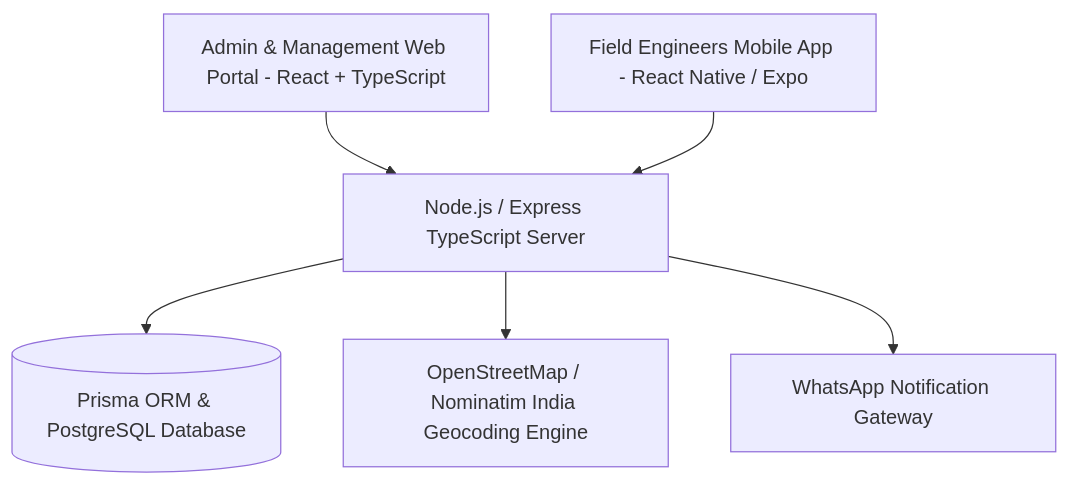
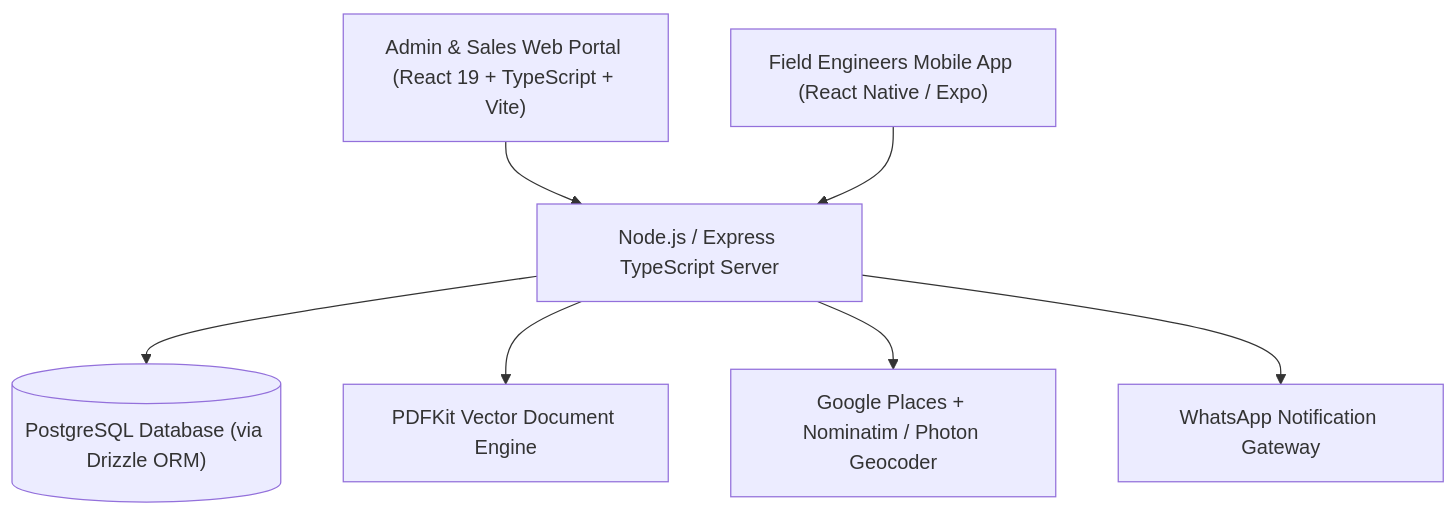
The first of 2 diagrams in PROJECT_DOCUMENTATION.md (PatelRonak123/Taneja-Power-CRM), drawn with Mermaid before and after one commit. The commit also changed other lines of this file and 42 other files, not shown here.

Commit message:
feat: implement quotation module with database schema, backend services, PDF generation, and frontend UI pages

````diff
--- a/PROJECT_DOCUMENTATION.md
+++ b/PROJECT_DOCUMENTATION.md
@@ -19,8 +20,9 @@
 ```mermaid
 graph TD
-    UserWeb[Admin & Management Web Portal - React + TypeScript] --> API[Node.js / Express TypeScript Server]
-    UserMobile[Field Engineers Mobile App - React Native / Expo] --> API
-    API --> DB[(Prisma ORM & PostgreSQL Database)]
-    API --> Geocode[OpenStreetMap / Nominatim India Geocoding Engine]
-    API --> WhatsApp[WhatsApp Notification Gateway]
+    UserWeb["Admin & Sales Web Portal (React 19 + TypeScript + Vite)"] --> API["Node.js / Express TypeScript Server"]
+    UserMobile["Field Engineers Mobile App (React Native / Expo)"] --> API
+    API --> DB[("PostgreSQL Database (via Drizzle ORM)")]
+    API --> PDFKit["PDFKit Vector Document Engine"]
+    API --> Geocode["Google Places + Nominatim / Photon Geocoder"]
+    API --> WhatsApp["WhatsApp Notification Gateway"]
 ```
````
